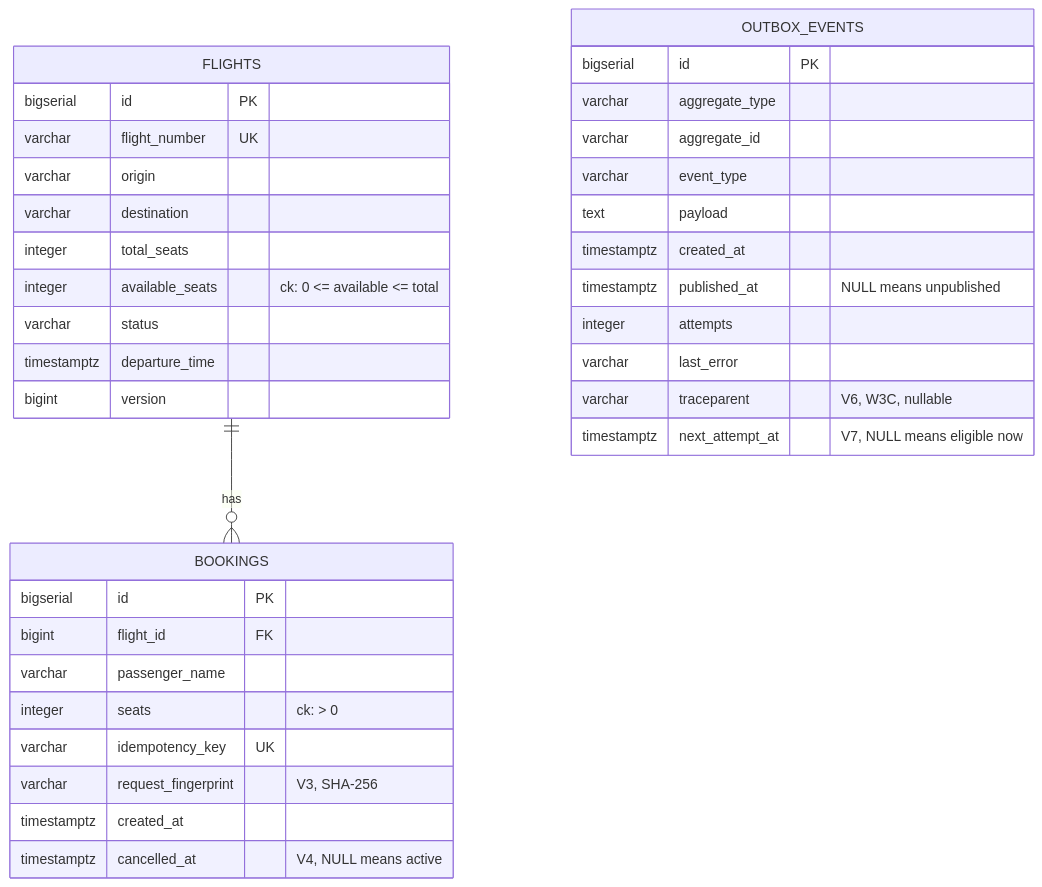
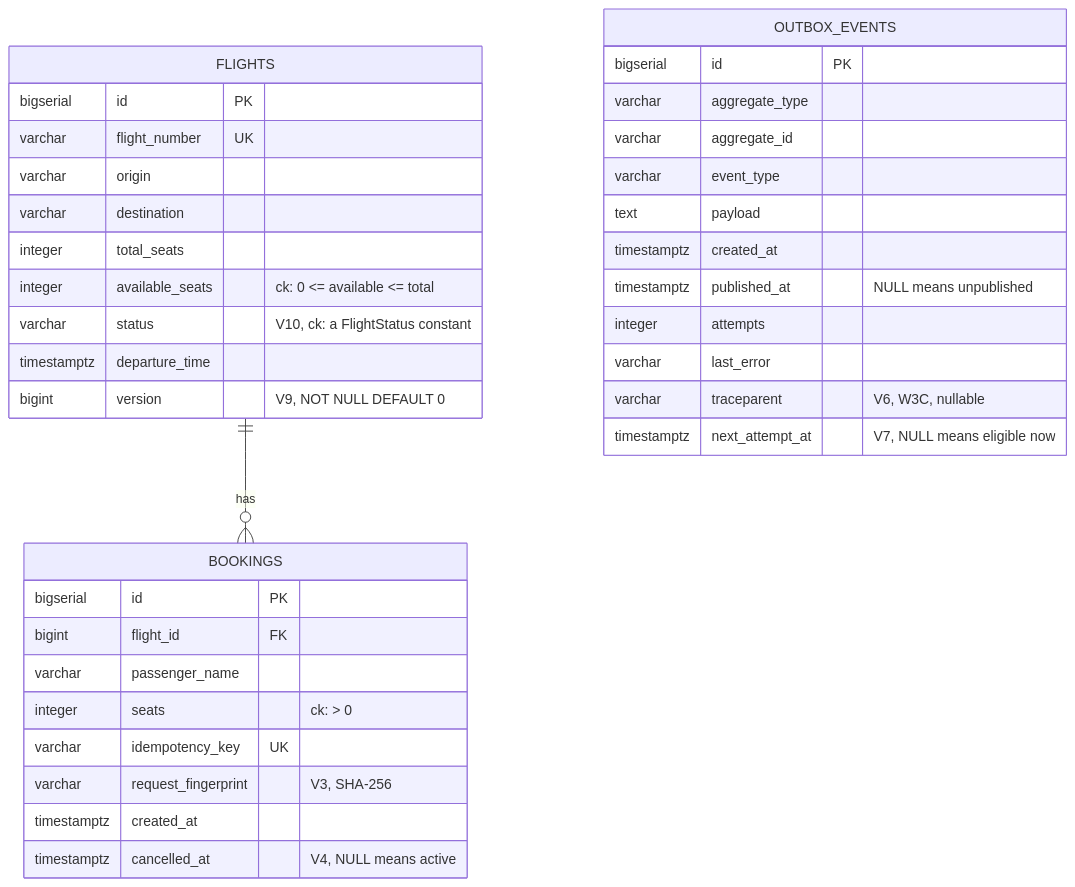
The fifth of 7 diagrams in doc/ARCHITECTURE.md (smit-lakhani-13/flight-ops-services), drawn with Mermaid before and after one commit. The commit also changed other lines of this file and 26 other files, not shown here.

````diff
--- a/doc/ARCHITECTURE.md
+++ b/doc/ARCHITECTURE.md
@@ -451,38 +451,38 @@
 ```mermaid
 erDiagram
     FLIGHTS ||--o{ BOOKINGS : "has"
     FLIGHTS {
         bigserial id PK
         varchar flight_number UK
         varchar origin
         varchar destination
         integer total_seats
         integer available_seats "ck: 0 <= available <= total"
-        varchar status
+        varchar status "V10, ck: a FlightStatus constant"
         timestamptz departure_time
-        bigint version
+        bigint version "V9, NOT NULL DEFAULT 0"
     }
     BOOKINGS {
         bigserial id PK
         bigint flight_id FK
         varchar passenger_name
         integer seats "ck: > 0"
         varchar idempotency_key UK
         varchar request_fingerprint "V3, SHA-256"
         timestamptz created_at
         timestamptz cancelled_at "V4, NULL means active"
     }
     OUTBOX_EVENTS {
         bigserial id PK
         varchar aggregate_type
         varchar aggregate_id
         varchar event_type
         text payload
         timestamptz created_at
         timestamptz published_at "NULL means unpublished"
         integer attempts
         varchar last_error
         varchar traceparent "V6, W3C, nullable"
         timestamptz next_attempt_at "V7, NULL means eligible now"
     }
 ```
````
